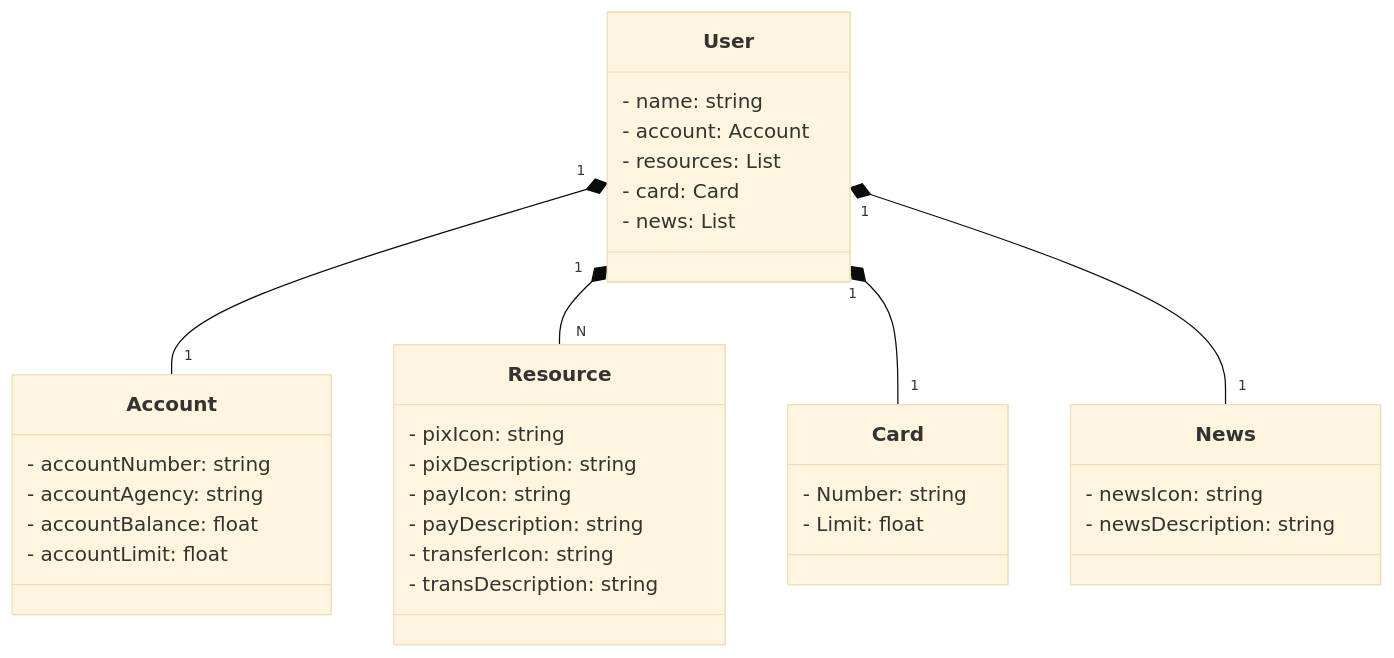
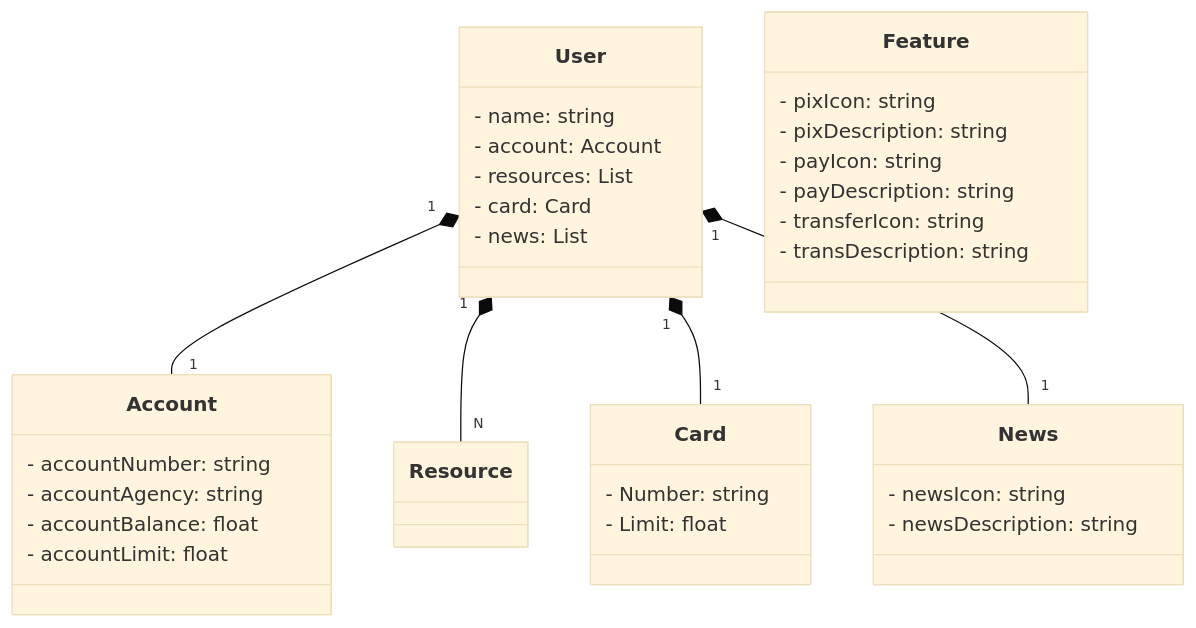
Before and after one commit to Diego-de-Souza/Santander-dev-week-2023: the diagram in README.md, drawn with Mermaid (base theme).

Commit message:
Update README.md
inclusão de feature e exclusão de resource

````diff
--- a/README.md
+++ b/README.md
@@ -6,41 +6,41 @@
 ```mermaid
 classDiagram
 class User {
   - name: string
   - account: Account
   - resources: List<Resource>
   - card: Card
   - news: List<News>
 }
 
 class Account {
   - accountNumber: string
   - accountAgency: string
   - accountBalance: float
   - accountLimit: float
 }
 
-class Resource {
+class Feature {
   - pixIcon: string
   - pixDescription: string
   - payIcon: string
   - payDescription: string
   - transferIcon: string
   - transDescription: string
 }
 
 class Card {
   - Number: string
   - Limit: float
 }
 
 class News {
   - newsIcon: string
   - newsDescription: string
 }
 
 User "1" *-- "1" Account
 User "1" *-- "N" Resource
 User "1" *-- "1" Card
 User "1" *-- "1" News
 ```
````
